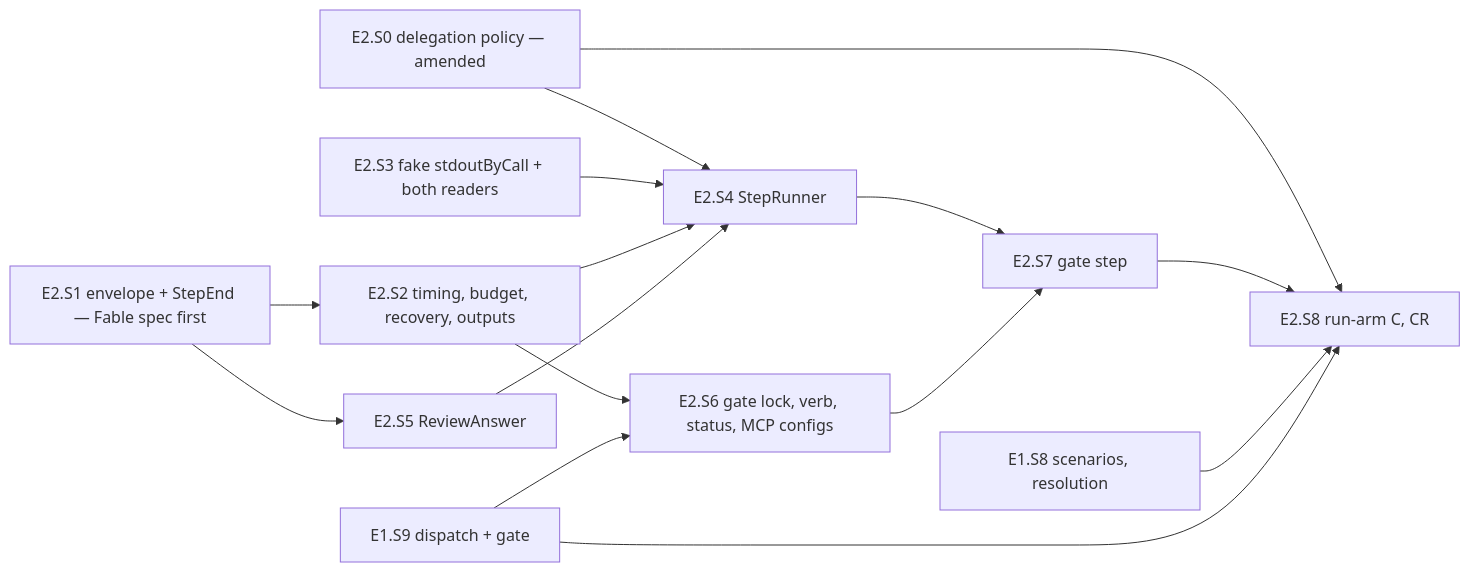
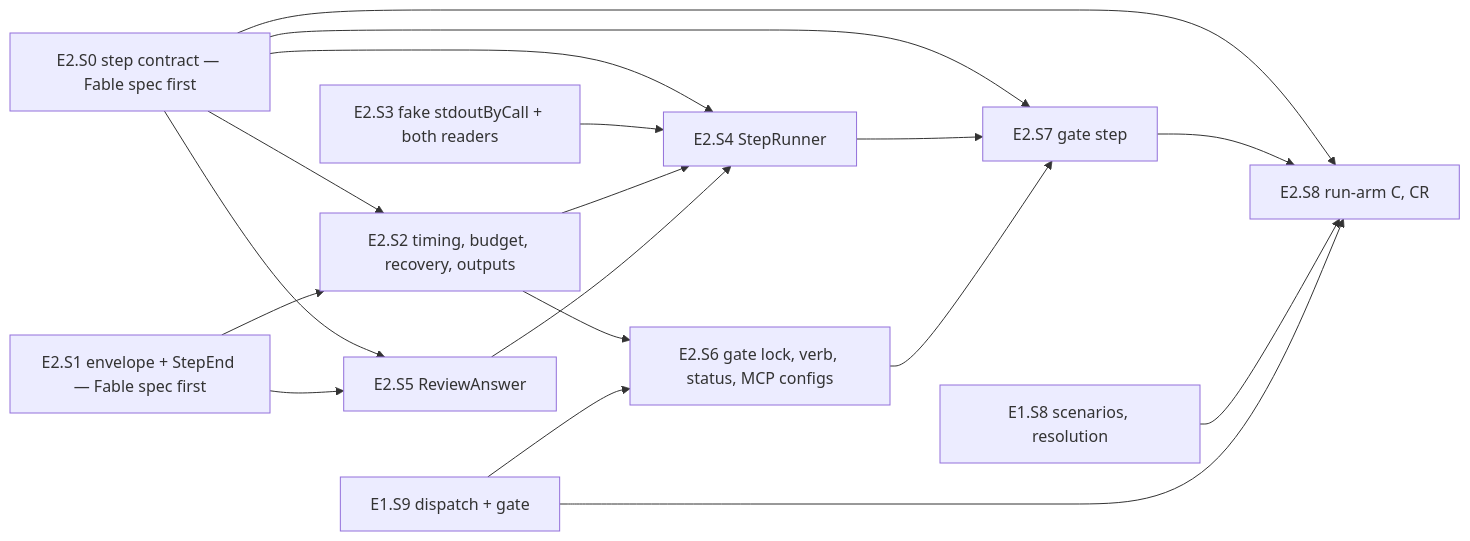
One commit to oleksandrdubyna88/dew_flow_benchmark changed the diagram in todo/PLAN_model_arms_E2.md. Above: the diagram before and after it, drawn with Mermaid. The commit also changed other lines of this file and 3 other files, not shown here.

First line of the commit message:
docs(plan): model-arms re-review for epoch 2 — the whole plan revised: the step contract (D25), D11's recovery rule rewritten, named runs (D27), E1's findings as constraints (D26), the consumers as the proof (D28), six epics (Fable)

````diff
--- a/todo/PLAN_model_arms_E2.md
+++ b/todo/PLAN_model_arms_E2.md
@@ -1354,17 +1438,20 @@
 ```mermaid
 flowchart LR
-    S0[E2.S0 delegation policy — amended] --> S4
+    S0[E2.S0 step contract — Fable spec first] --> S2
+    S0 --> S4
+    S0 --> S5
+    S0 --> S7
     S0 --> S8
     S1[E2.S1 envelope + StepEnd — Fable spec first] --> S2[E2.S2 timing, budget, recovery, outputs]
     S1 --> S5[E2.S5 ReviewAnswer]
     S3[E2.S3 fake stdoutByCall + both readers] --> S4
     S2 --> S4[E2.S4 StepRunner]
     S5 --> S4
     S2 --> S6[E2.S6 gate lock, verb, status, MCP configs]
     E19[E1.S9 dispatch + gate] --> S6
     S4 --> S7[E2.S7 gate step]
     S6 --> S7
     S7 --> S8[E2.S8 run-arm C, CR]
     E18[E1.S8 scenarios, resolution] --> S8
     E19 --> S8
 ```
````
